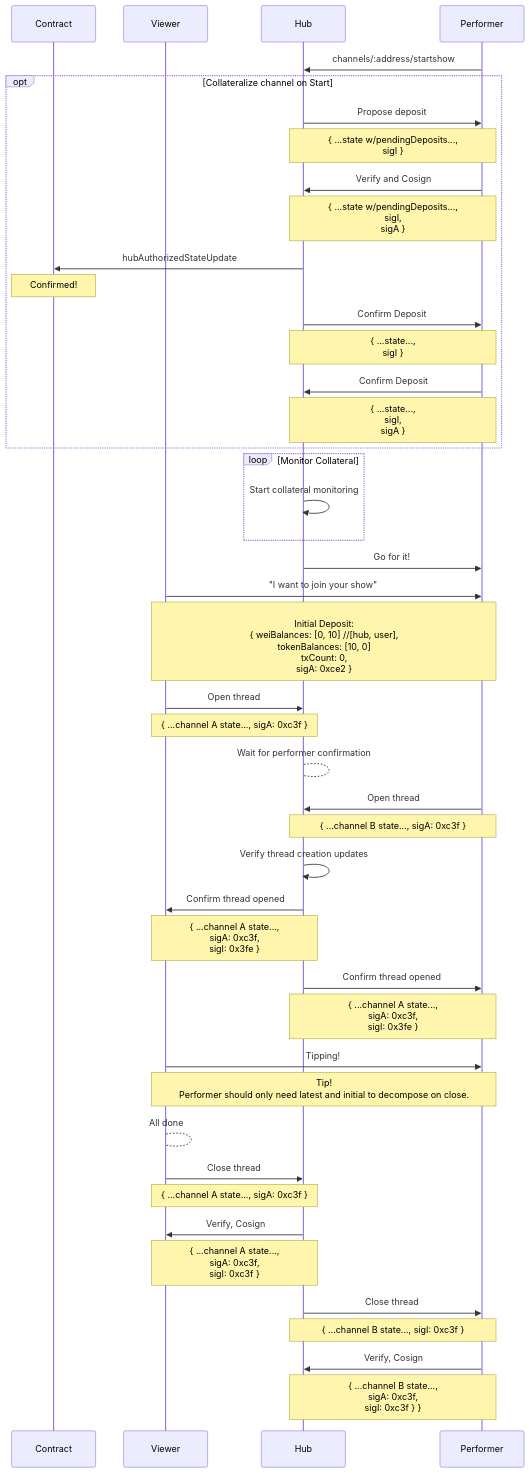
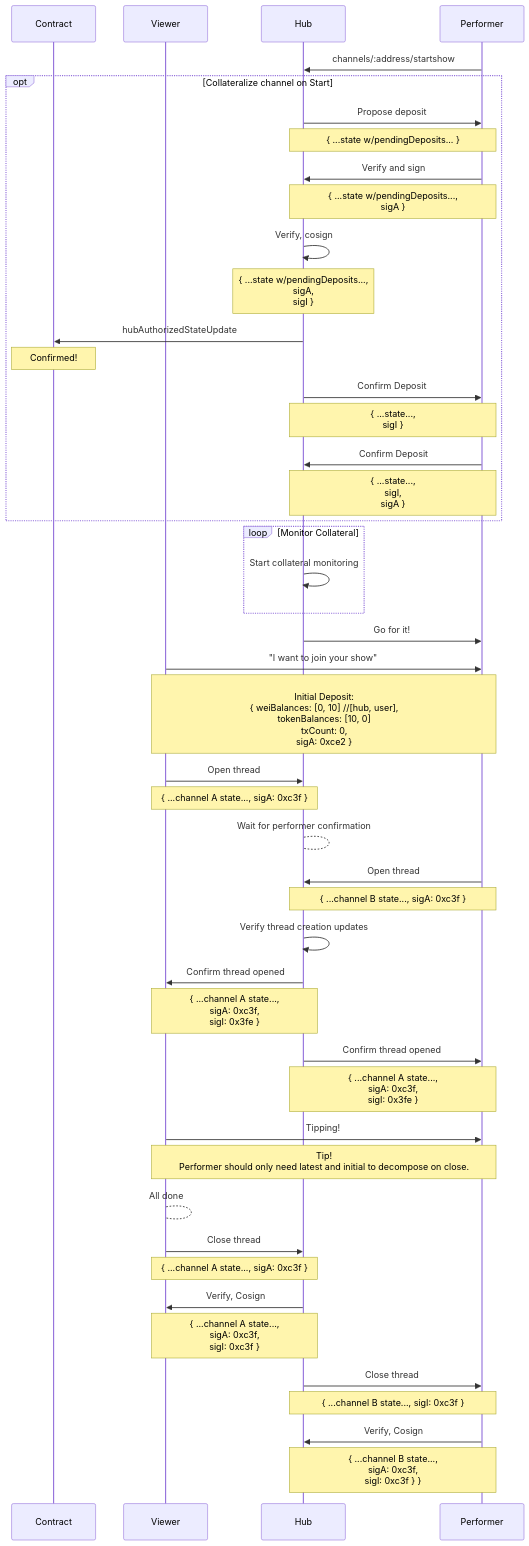
One commit to kyokan/contracts changed the diagram in docs/diagrams/stream.mmd. Above: the diagram before and after it, drawn with Mermaid.

Commit message:
fix hub propose collateral

```diff
--- a/docs/diagrams/stream.mmd
+++ b/docs/diagrams/stream.mmd
@@ -1,72 +1,76 @@
 sequenceDiagram
 
     # title Stream Show
 
     participant Contract
     participant Viewer
     participant Hub
     participant Performer
 
     Performer->>Hub: channels/:address/startshow
 
     opt Collateralize channel on Start
         Hub->>Performer: Propose deposit
-        Note over Hub,Performer: { ...state w/pendingDeposits..., <br> sigI }
+        Note over Hub,Performer: { ...state w/pendingDeposits... }
 
-        Performer->>Hub: Verify and Cosign
-        Note over Hub,Performer: { ...state w/pendingDeposits..., <br> sigI, <br> sigA }
+        Performer->>Hub: Verify and sign
+        Note over Hub,Performer: { ...state w/pendingDeposits..., <br> sigA }
+
+        Hub->>Hub: Verify, cosign
+        Note over Hub: { ...state w/pendingDeposits..., <br> sigA, <br> sigI }
+        
 
         Hub->>Contract: hubAuthorizedStateUpdate
         Note over Contract: Confirmed!
 
         Hub->>Performer: Confirm Deposit
         Note over Hub,Performer: { ...state..., <br> sigI }
 
         Performer->>Hub: Confirm Deposit
         Note over Hub,Performer: { ...state..., <br> sigI, <br> sigA }
 
     end
 
     loop Monitor Collateral
         Hub->>Hub: Start collateral monitoring
     end
     
     Hub->>Performer: Go for it!
 
     Viewer->>Performer: "I want to join your show"
     Note over Viewer,Performer: <br> Initial Deposit: <br> { weiBalances: [0, 10] //[hub, user], <br> tokenBalances: [10, 0] <br> txCount: 0,  <br> sigA: 0xce2 }
 
     Viewer->>Hub: Open thread
     Note over Viewer,Hub: { ...channel A state..., sigA: 0xc3f }
 
     Hub-->Hub: Wait for performer confirmation
 
     Performer->>Hub: Open thread
     Note over Performer,Hub: { ...channel B state..., sigA: 0xc3f }
 
 
     Hub->>Hub: Verify thread creation updates
 
     Hub->>Viewer: Confirm thread opened
     Note over Viewer,Hub: { ...channel A state..., <br>sigA: 0xc3f, <br>sigI: 0x3fe }
 
     Hub->>Performer: Confirm thread opened
     Note over Performer,Hub: { ...channel A state..., <br>sigA: 0xc3f, <br>sigI: 0x3fe }
 
 
     Viewer->>Performer: Tipping!
     Note over Viewer,Performer: Tip! <br> Performer should only need latest and initial to decompose on close.
 
     Viewer-->Viewer: All done
 
     Viewer->>Hub: Close thread
     Note over Viewer,Hub: { ...channel A state..., sigA: 0xc3f }
 
     Hub->>Viewer: Verify, Cosign
     Note over Viewer,Hub: { ...channel A state..., <br>sigA: 0xc3f, <br>sigI: 0xc3f }
 
     Hub->>Performer: Close thread
     Note over Performer,Hub: { ...channel B state..., sigI: 0xc3f }
 
     Performer->>Hub: Verify, Cosign
     Note over Performer,Hub: { ...channel B state..., <br>sigA: 0xc3f, <br>sigI: 0xc3f } }
```
